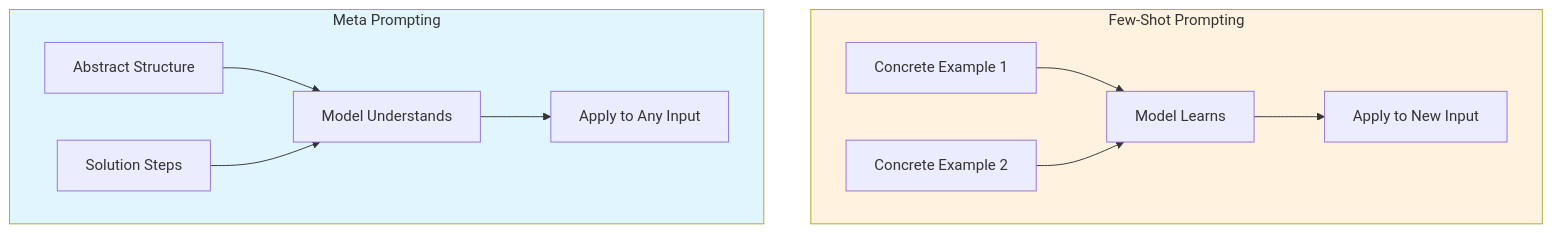
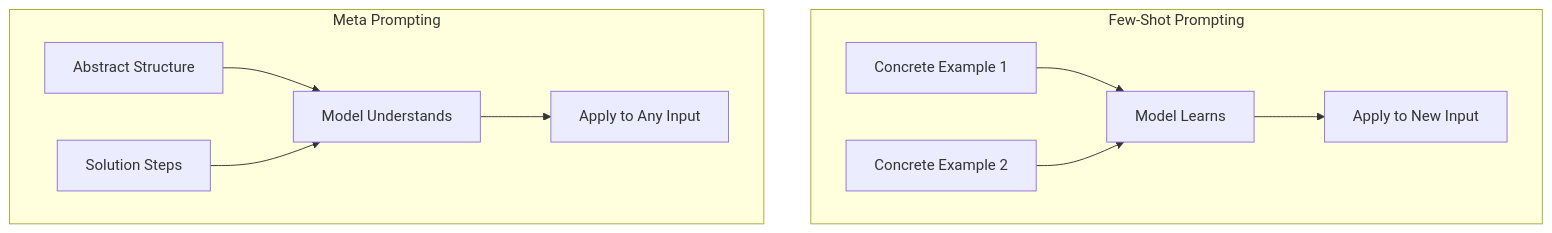
The third of 6 diagrams in 02-basics-en.md (yuexiaoliang/prompt-engineering-learning), drawn with Mermaid before and after one commit. The commit also changed other lines of this file, not shown here.

Commit message:
fix: remove hardcoded fill colors from mermaid diagrams for light/dark theme adaptation

````diff
--- a/02-basics-en.md
+++ b/02-basics-en.md
@@ -275,17 +267,14 @@
 ```mermaid
 flowchart TB
     subgraph Few-Shot["Few-Shot Prompting"]
         F1[Concrete Example 1] --> F3[Model Learns]
         F2[Concrete Example 2] --> F3
         F3 --> F4[Apply to New Input]
     end
 
     subgraph Meta["Meta Prompting"]
         M1[Abstract Structure] --> M3[Model Understands]
         M2[Solution Steps] --> M3
         M3 --> M4[Apply to Any Input]
     end
-
-    style Few-Shot fill:#fff3e0
-    style Meta fill:#e1f5fe
 ```
````
